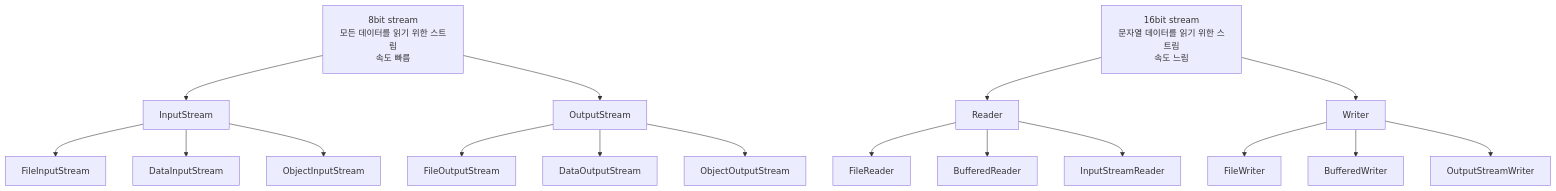
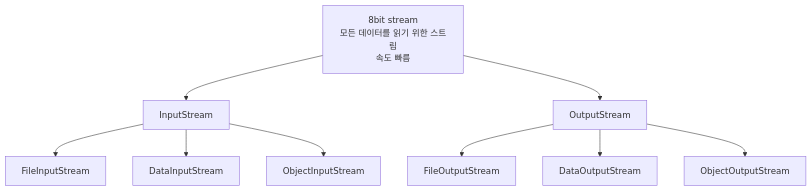
One commit to minbj1226/TIL changed the first of 2 diagrams in day0908/IO Stream.md. Above: the diagram before and after it, drawn with Mermaid.

````diff
--- a/day0908/IO Stream.md
+++ b/day0908/IO Stream.md
@@ -15,24 +15,13 @@
 ```mermaid
 graph TD
     A[8bit stream<br/>모든 데이터를 읽기 위한 스트림<br/>속도 빠름] --> B[InputStream]
     A --> C[OutputStream]
 
     B --> D[FileInputStream]
     B --> E[DataInputStream]
     B --> F[ObjectInputStream]
 
     C --> G[FileOutputStream]
     C --> H[DataOutputStream]
     C --> I[ObjectOutputStream]
-
-    J[16bit stream<br/>문자열 데이터를 읽기 위한 스트림<br/>속도 느림] --> K[Reader]
-    J --> L[Writer]
-
-    K --> M[FileReader]
-    K --> N[BufferedReader]
-    K --> O[InputStreamReader]
-
-    L --> P[FileWriter]
-    L --> Q[BufferedWriter]
-    L --> R[OutputStreamWriter]
 ```
````
